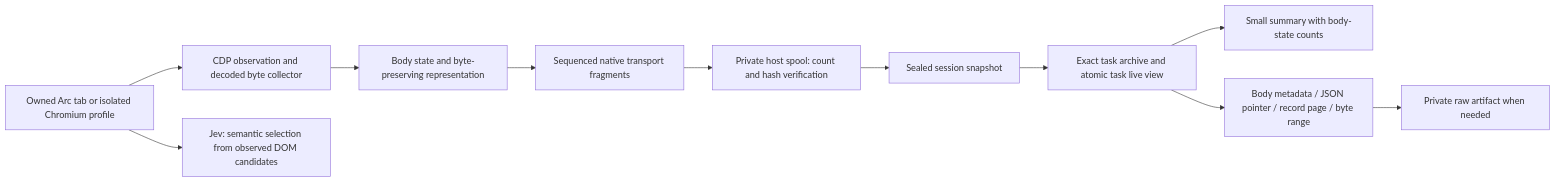
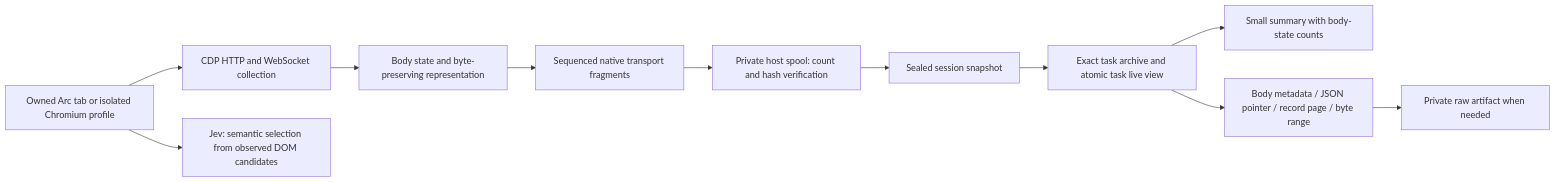
The diagram in docs/body-capture.md (sijan2/rep-cli), drawn with Mermaid before and after one commit. The commit also changed other lines of this file and 172 other files, not shown here.

````diff
--- a/docs/body-capture.md
+++ b/docs/body-capture.md
@@ -26,13 +28,13 @@
 ```mermaid
 flowchart LR
-    B[Owned Arc tab or isolated Chromium profile] --> C[CDP observation and decoded byte collector]
+    B[Owned Arc tab or isolated Chromium profile] --> C[CDP HTTP and WebSocket collection]
     C --> E[Body state and byte-preserving representation]
     E --> T[Sequenced native transport fragments]
     T --> H[Private host spool: count and hash verification]
     H --> S[Sealed session snapshot]
     S --> A[Exact task archive and atomic task live view]
     A --> M[Small summary with body-state counts]
     A --> P[Body metadata / JSON pointer / record page / byte range]
     P --> F[Private raw artifact when needed]
     B --> J[Jev: semantic selection from observed DOM candidates]
 ```
````
